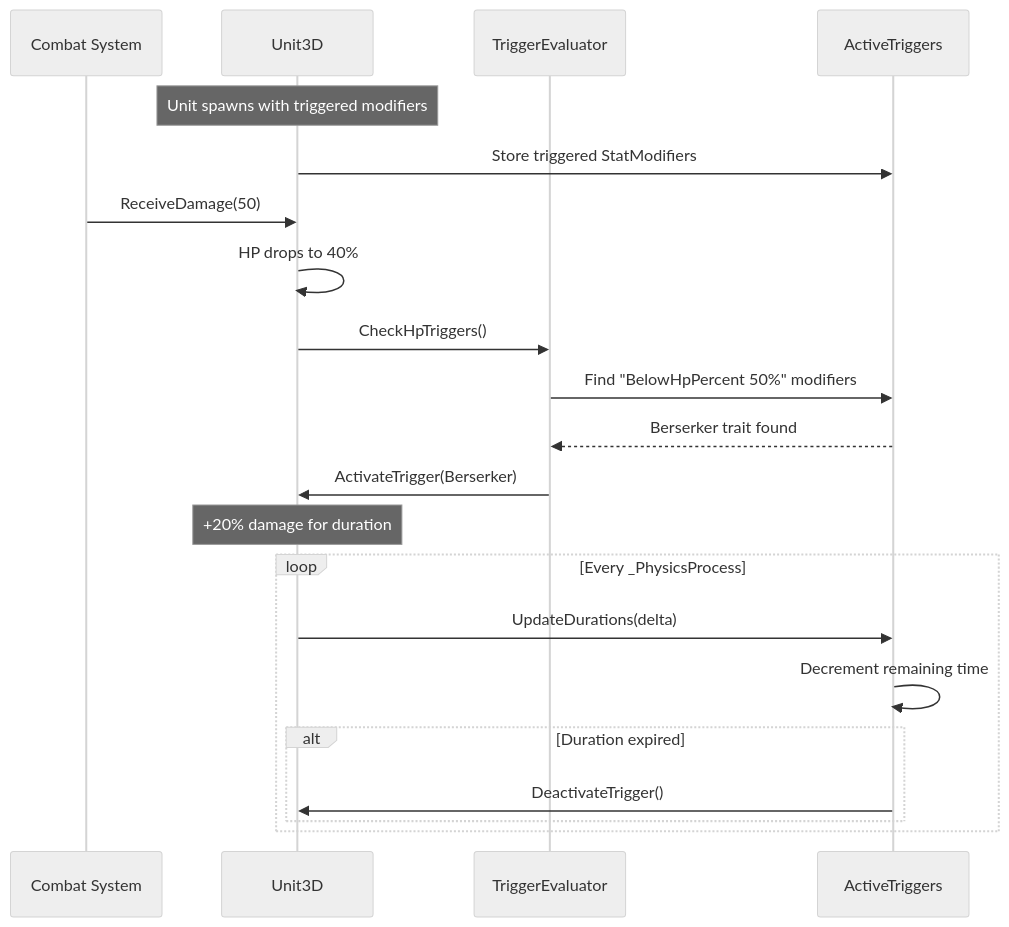
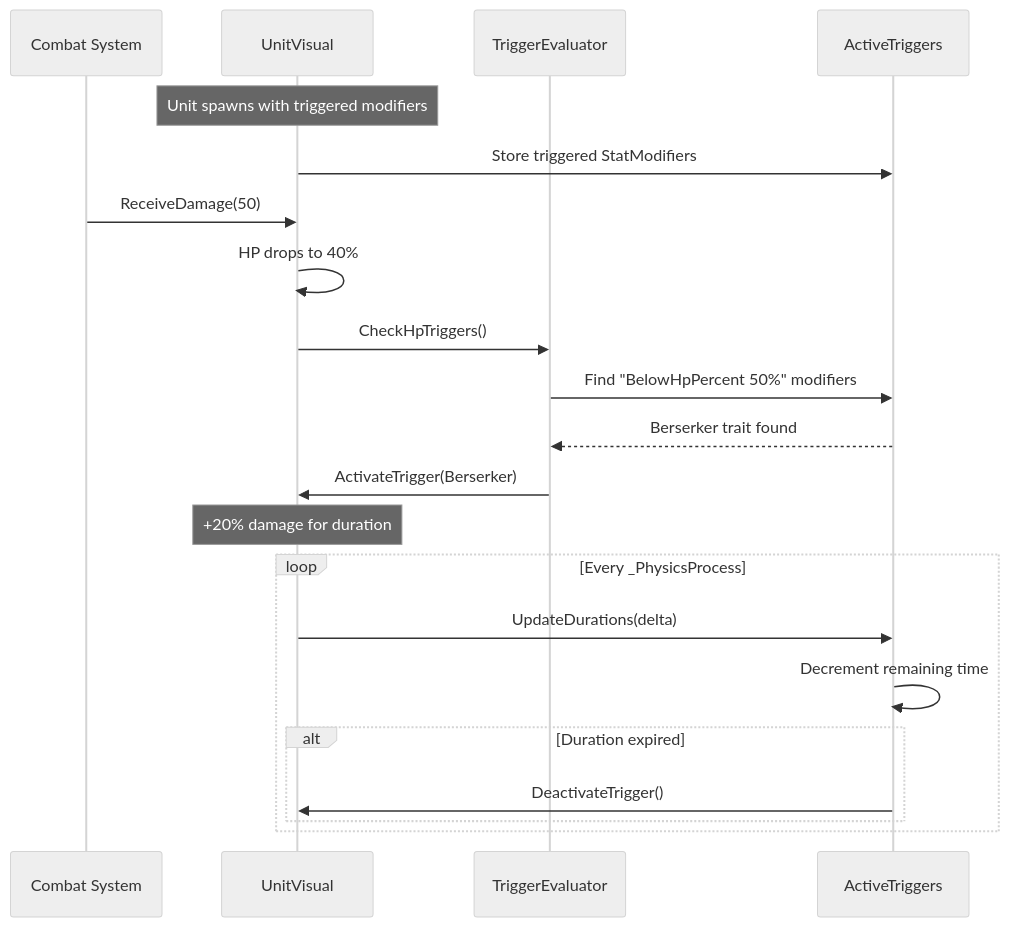
One commit to amari-charles/project-summoner changed the third of 3 diagrams in docs/technical/trait-system-architecture.md. Above: the diagram before and after it, drawn with Mermaid (neutral theme). The commit also changed other lines of this file and 18 other files, not shown here.

````diff
--- a/docs/technical/trait-system-architecture.md
+++ b/docs/technical/trait-system-architecture.md
@@ -139,26 +139,26 @@
 ```mermaid
 sequenceDiagram
     participant C as Combat System
-    participant U as Unit3D
+    participant U as UnitVisual
     participant TE as TriggerEvaluator
     participant AT as ActiveTriggers
 
     Note over U: Unit spawns with triggered modifiers
     U->>AT: Store triggered StatModifiers
 
     C->>U: ReceiveDamage(50)
     U->>U: HP drops to 40%
     U->>TE: CheckHpTriggers()
     TE->>AT: Find "BelowHpPercent 50%" modifiers
     AT-->>TE: Berserker trait found
     TE->>U: ActivateTrigger(Berserker)
     Note over U: +20% damage for duration
 
     loop Every _PhysicsProcess
         U->>AT: UpdateDurations(delta)
         AT->>AT: Decrement remaining time
         alt Duration expired
             AT->>U: DeactivateTrigger()
         end
     end
 ```
````
